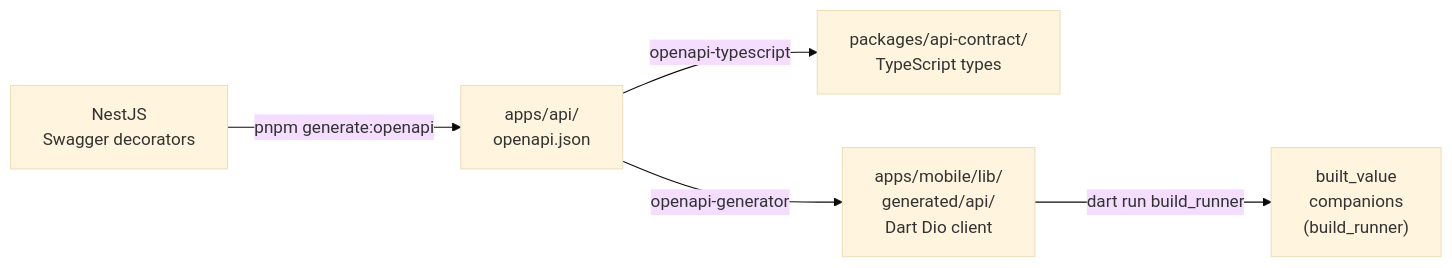
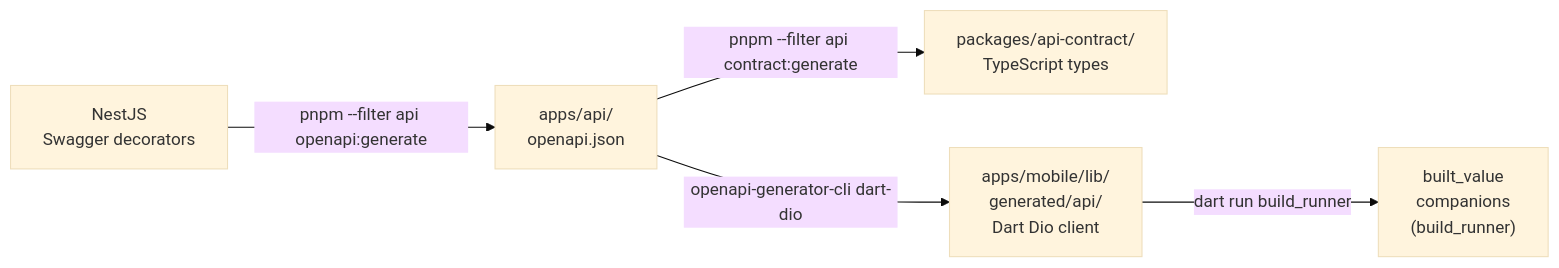
Before and after one commit to 2tsoftwareapp/super-template: the fourth of 5 diagrams in docs/architecture.md, drawn with Mermaid (base theme). The commit also changed other lines of this file and 9 other files, not shown here.

````diff
--- a/docs/architecture.md
+++ b/docs/architecture.md
@@ -222,13 +231,13 @@
 ```mermaid
 flowchart LR
     NestSwagger["NestJS\nSwagger decorators"]
     OpenAPIJson["apps/api/\nopenapi.json"]
     TSTypes["packages/api-contract/\nTypeScript types"]
     DartDio["apps/mobile/lib/\ngenerated/api/\nDart Dio client"]
     BuiltValue["built_value\ncompanions\n(build_runner)"]
 
-    NestSwagger -->|"pnpm generate:openapi"| OpenAPIJson
-    OpenAPIJson -->|"openapi-typescript"| TSTypes
-    OpenAPIJson -->|"openapi-generator"| DartDio
+    NestSwagger -->|"pnpm --filter api openapi:generate"| OpenAPIJson
+    OpenAPIJson -->|"pnpm --filter api contract:generate"| TSTypes
+    OpenAPIJson -->|"openapi-generator-cli dart-dio"| DartDio
     DartDio -->|"dart run build_runner"| BuiltValue
 ```
````
